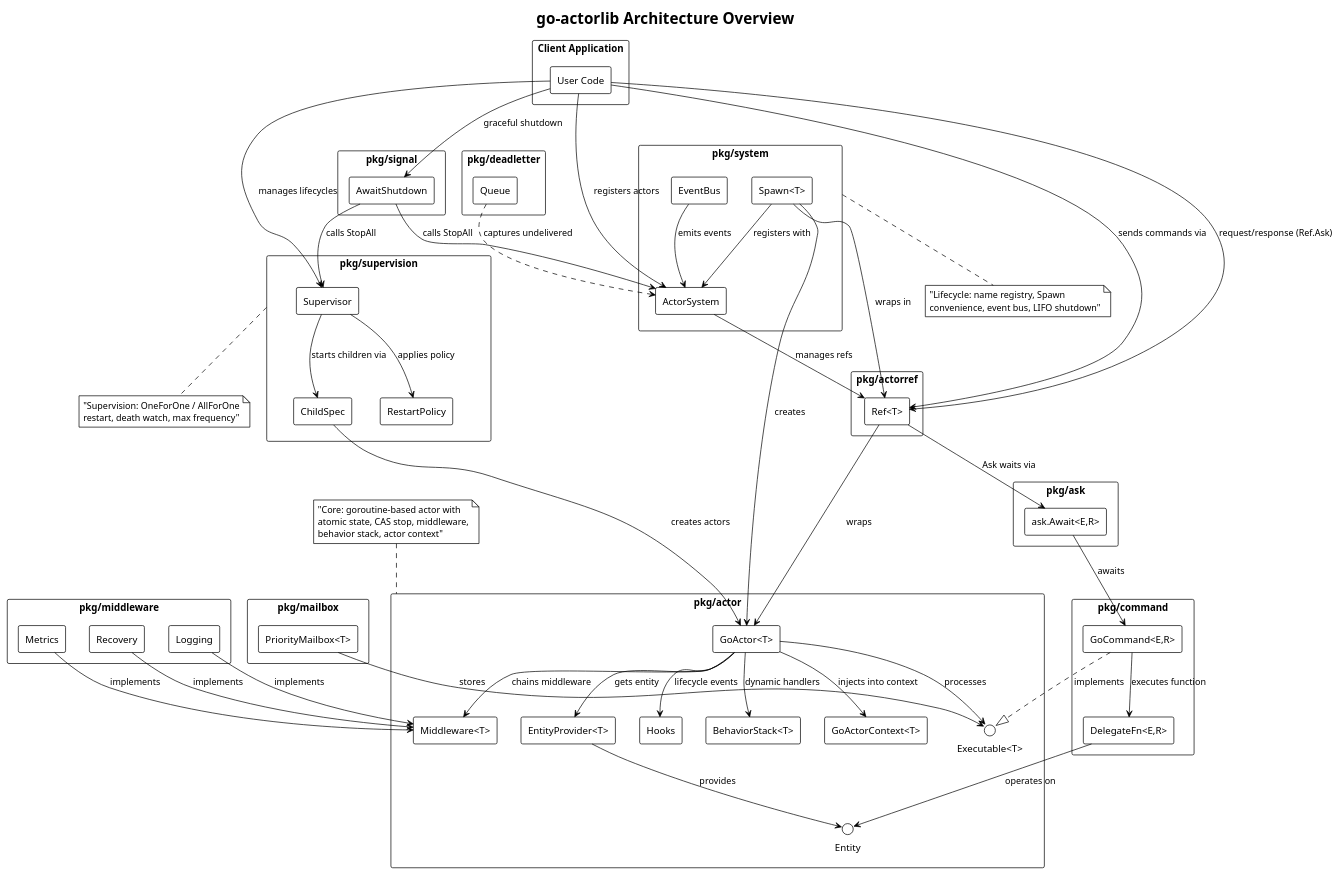
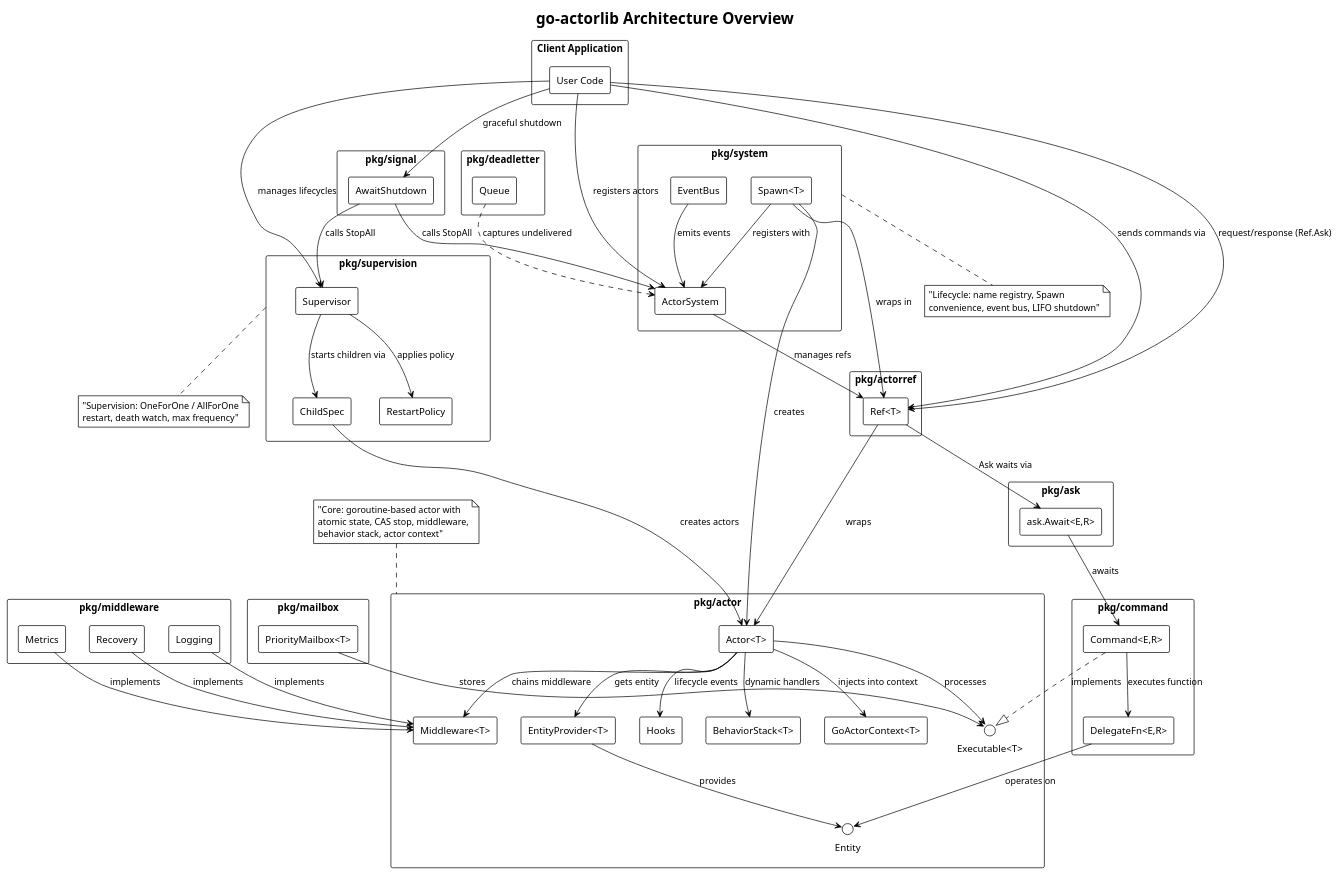
One commit to barnowlsnest/go-actorlib changed the diagram in docs/architecture.puml. Above: the diagram before and after it, drawn with PlantUML. The commit also changed 3 other files, not shown here.

First line of the commit message:
docs: rename GoActor/GoCommand labels in diagrams

```diff
--- a/docs/architecture.puml
+++ b/docs/architecture.puml
@@ -1,126 +1,126 @@
 @startuml go-actorlib-architecture
 !theme plain
 skinparam backgroundColor #FFFFFF
 skinparam componentStyle rectangle
 skinparam packageStyle rectangle
 
 title go-actorlib Architecture Overview
 
 package "Client Application" as client {
   component [User Code] as user
 }
 
 package "pkg/actor" as actor_pkg {
-  component [GoActor<T>] as actor
+  component [Actor<T>] as actor
   component [EntityProvider<T>] as provider
   component [Hooks] as hooks
   component [BehaviorStack<T>] as behavior
   component [GoActorContext<T>] as actorctx
   component [Middleware<T>] as mw
   interface "Entity" as entity
   interface "Executable<T>" as executable
 }
 
 package "pkg/actorref" as ref_pkg {
   component [Ref<T>] as ref
 }
 
 package "pkg/command" as command_pkg {
-  component [GoCommand<E,R>] as command
+  component [Command<E,R>] as command
   component [DelegateFn<E,R>] as delegate
 }
 
 package "pkg/ask" as ask_pkg {
   component [ask.Await<E,R>] as ask
 }
 
 package "pkg/system" as system_pkg {
   component [ActorSystem] as system
   component [Spawn<T>] as spawn
   component [EventBus] as eventbus
 }
 
 package "pkg/supervision" as sup_pkg {
   component [Supervisor] as supervisor
   component [ChildSpec] as childspec
   component [RestartPolicy] as restartpolicy
 }
 
 package "pkg/middleware" as middleware_pkg {
   component [Logging] as logging
   component [Metrics] as metrics
   component [Recovery] as recovery
 }
 
 package "pkg/deadletter" as dl_pkg {
   component [Queue] as dlq
 }
 
 package "pkg/signal" as signal_pkg {
   component [AwaitShutdown] as signal
 }
 
 package "pkg/mailbox" as mailbox_pkg {
   component [PriorityMailbox<T>] as priombox
 }
 
 ' Client relationships
 user --> ref : sends commands via
 user --> ref : request/response (Ref.Ask)
 user --> system : registers actors
 user --> supervisor : manages lifecycles
 user --> signal : graceful shutdown
 
 ' Core actor relationships
 ref --> actor : wraps
 actor --> provider : gets entity
 actor --> hooks : lifecycle events
 actor --> executable : processes
 actor --> behavior : dynamic handlers
 actor --> actorctx : injects into context
 actor --> mw : chains middleware
 provider --> entity : provides
 command ..|> executable : implements
 
 ' Command relationships
 command --> delegate : executes function
 delegate --> entity : operates on
 
 ' Ask uses Ref
 ref --> ask : Ask waits via
 ask --> command : awaits
 
 ' System relationships
 system --> ref : manages refs
 spawn --> actor : creates
 spawn --> ref : wraps in
 spawn --> system : registers with
 eventbus --> system : emits events
 
 ' Supervision
 supervisor --> childspec : starts children via
 supervisor --> restartpolicy : applies policy
 childspec --> actor : creates actors
 
 ' Middleware implementations
 logging --> mw : implements
 metrics --> mw : implements
 recovery --> mw : implements
 
 ' Signal integration
 signal --> system : calls StopAll
 signal --> supervisor : calls StopAll
 
 ' Priority mailbox
 priombox --> executable : stores
 
 ' Dead letter queue
 dlq ..> system : captures undelivered
 
 note top of actor_pkg : "Core: goroutine-based actor with\natomic state, CAS stop, middleware,\nbehavior stack, actor context"
 
 note bottom of system_pkg : "Lifecycle: name registry, Spawn\nconvenience, event bus, LIFO shutdown"
 
 note bottom of sup_pkg : "Supervision: OneForOne / AllForOne\nrestart, death watch, max frequency"
 
 @enduml
```
